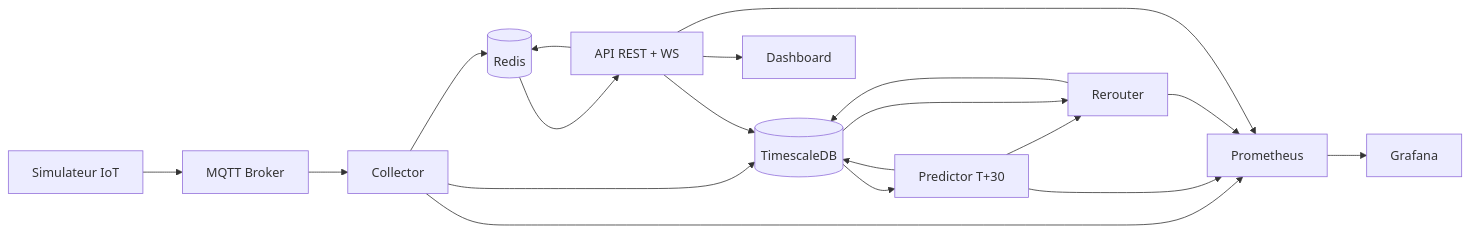
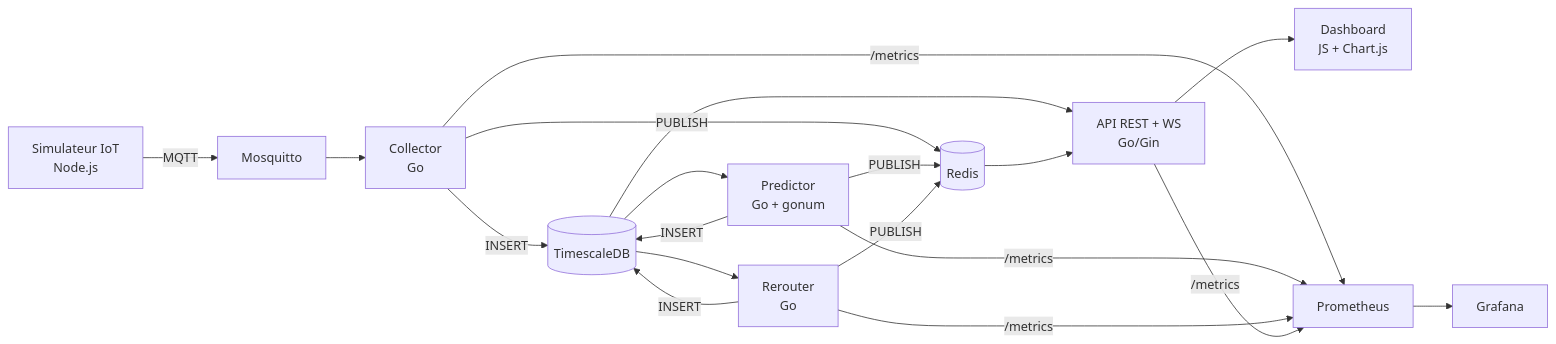
The diagram in README.md (2zrhun/City-flow), drawn with Mermaid before and after one commit. The commit also changed other lines of this file and 5 other files, not shown here.

````diff
--- a/README.md
+++ b/README.md
@@ -93,21 +9,18 @@
 ```mermaid
 flowchart LR
-  SIM[Simulateur IoT] --> MQTT[MQTT Broker]
-  MQTT --> COL[Collector]
-  COL --> TSDB[(TimescaleDB)]
-  COL --> REDIS[(Redis)]
-  TSDB --> PRED[Predictor T+30]
-  PRED --> TSDB
-  PRED --> RER[Rerouter]
-  TSDB --> RER
-  RER --> TSDB
-  API[API REST + WS] --> TSDB
-  API --> REDIS
+  SIM[Simulateur IoT<br/>Node.js] -->|MQTT| MQTT[Mosquitto]
+  MQTT --> COL[Collector<br/>Go]
+  COL -->|INSERT| TSDB[(TimescaleDB)]
+  COL -->|PUBLISH| REDIS[(Redis)]
+  TSDB --> PRED[Predictor<br/>Go + gonum]
+  PRED -->|INSERT| TSDB
+  PRED -->|PUBLISH| REDIS
+  TSDB --> RER[Rerouter<br/>Go]
+  RER -->|INSERT| TSDB
+  RER -->|PUBLISH| REDIS
+  TSDB --> API[API REST + WS<br/>Go/Gin]
   REDIS --> API
-  API --> DASH[Dashboard]
-  COL --> PROM[Prometheus]
-  PRED --> PROM
-  RER --> PROM
-  API --> PROM
+  API --> DASH[Dashboard<br/>JS + Chart.js]
+  COL & PRED & RER & API -->|/metrics| PROM[Prometheus]
   PROM --> GRAF[Grafana]
 ```
````
